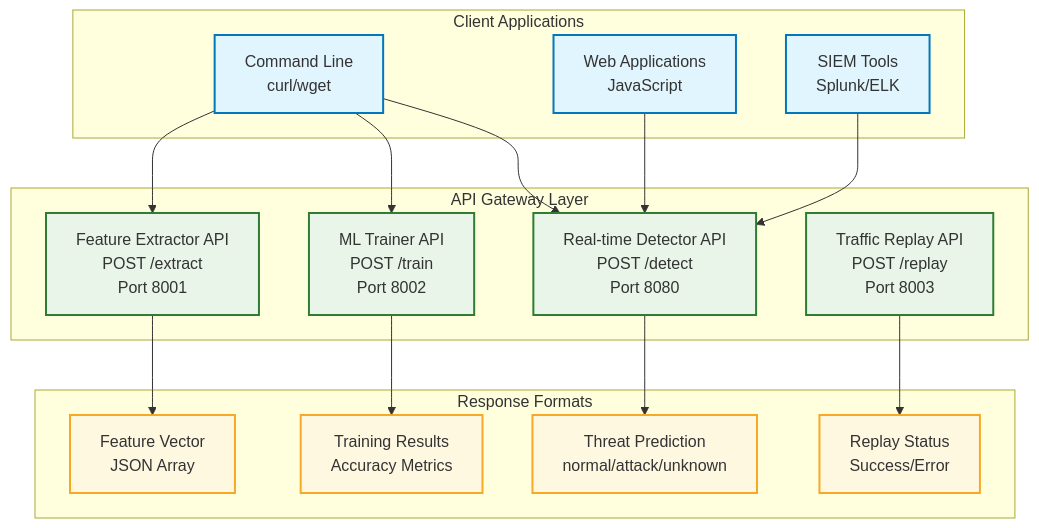
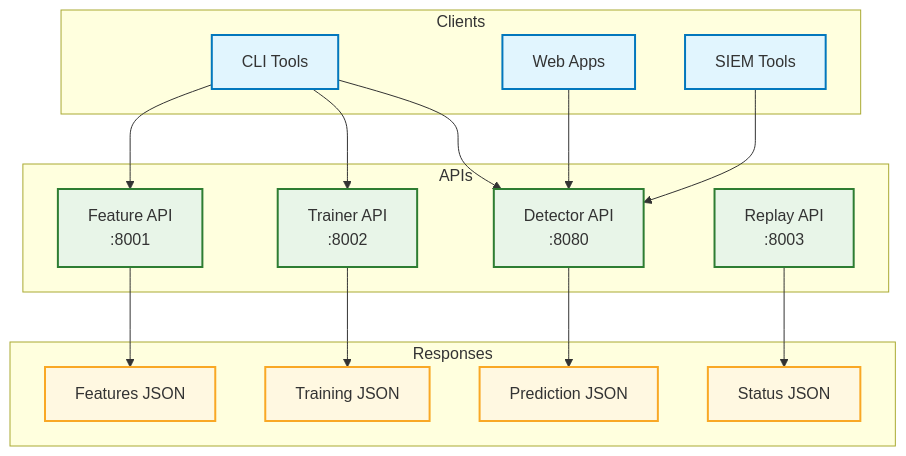
Before and after one commit to holdennguyen/suricata-ml-ids: the fourth of 5 diagrams in README.md, drawn with Mermaid. The commit also changed other lines of this file and 1 other file, not shown here.

First line of the commit message:
fix: resolve git tracking and optimize Mermaid diagrams

````diff
--- a/README.md
+++ b/README.md
@@ -172,41 +153,41 @@
 ```mermaid
-graph TD
-    subgraph "Client Applications"
-        CLI[Command Line<br/>curl/wget]
-        WEB[Web Applications<br/>JavaScript]
-        SIEM[SIEM Tools<br/>Splunk/ELK]
+flowchart TD
+    subgraph "Clients"
+        CLI[CLI Tools]
+        WEB[Web Apps]
+        SIEM[SIEM Tools]
     end
     
-    subgraph "API Gateway Layer"
-        FE_API[Feature Extractor API<br/>POST /extract<br/>Port 8001]
-        ML_API[ML Trainer API<br/>POST /train<br/>Port 8002]
-        RT_API[Real-time Detector API<br/>POST /detect<br/>Port 8080]
-        TR_API[Traffic Replay API<br/>POST /replay<br/>Port 8003]
+    subgraph "APIs"
+        FE[Feature API<br/>:8001]
+        ML[Trainer API<br/>:8002]
+        RT[Detector API<br/>:8080]
+        TR[Replay API<br/>:8003]
     end
     
-    subgraph "Response Formats"
-        JSON_FE[Feature Vector<br/>JSON Array]
-        JSON_ML[Training Results<br/>Accuracy Metrics]
-        JSON_RT[Threat Prediction<br/>normal/attack/unknown]
-        JSON_TR[Replay Status<br/>Success/Error]
+    subgraph "Responses"
+        R1[Features JSON]
+        R2[Training JSON]
+        R3[Prediction JSON]
+        R4[Status JSON]
     end
     
-    CLI --> FE_API
-    CLI --> ML_API
-    CLI --> RT_API
-    WEB --> RT_API
-    SIEM --> RT_API
+    CLI --> FE
+    CLI --> ML
+    CLI --> RT
+    WEB --> RT
+    SIEM --> RT
     
-    FE_API --> JSON_FE
-    ML_API --> JSON_ML
-    RT_API --> JSON_RT
-    TR_API --> JSON_TR
+    FE --> R1
+    ML --> R2
+    RT --> R3
+    TR --> R4
     
-    classDef clientNode fill:#e1f5fe,stroke:#0277bd,stroke-width:2px
-    classDef apiNode fill:#e8f5e8,stroke:#2e7d32,stroke-width:2px
-    classDef responseNode fill:#fff8e1,stroke:#f9a825,stroke-width:2px
+    classDef client fill:#e1f5fe,stroke:#0277bd,stroke-width:2px
+    classDef api fill:#e8f5e8,stroke:#2e7d32,stroke-width:2px
+    classDef response fill:#fff8e1,stroke:#f9a825,stroke-width:2px
     
-    class CLI,WEB,SIEM clientNode
-    class FE_API,ML_API,RT_API,TR_API apiNode
-    class JSON_FE,JSON_ML,JSON_RT,JSON_TR responseNode
+    class CLI,WEB,SIEM client
+    class FE,ML,RT,TR api
+    class R1,R2,R3,R4 response
 ```
````
